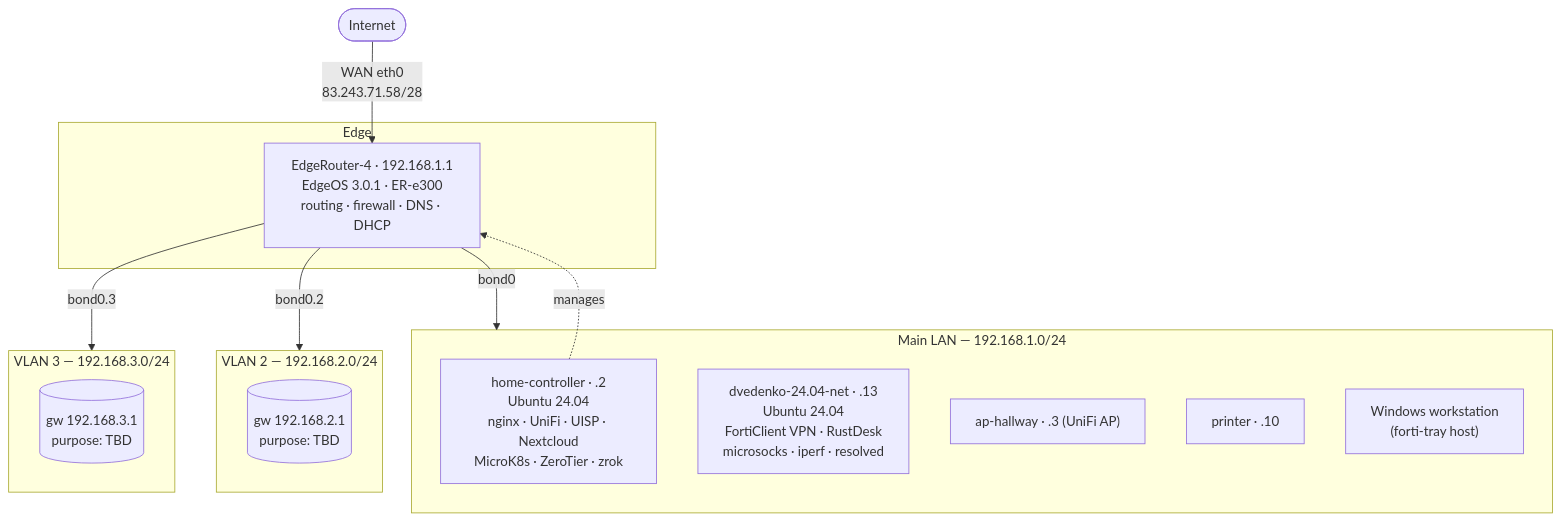
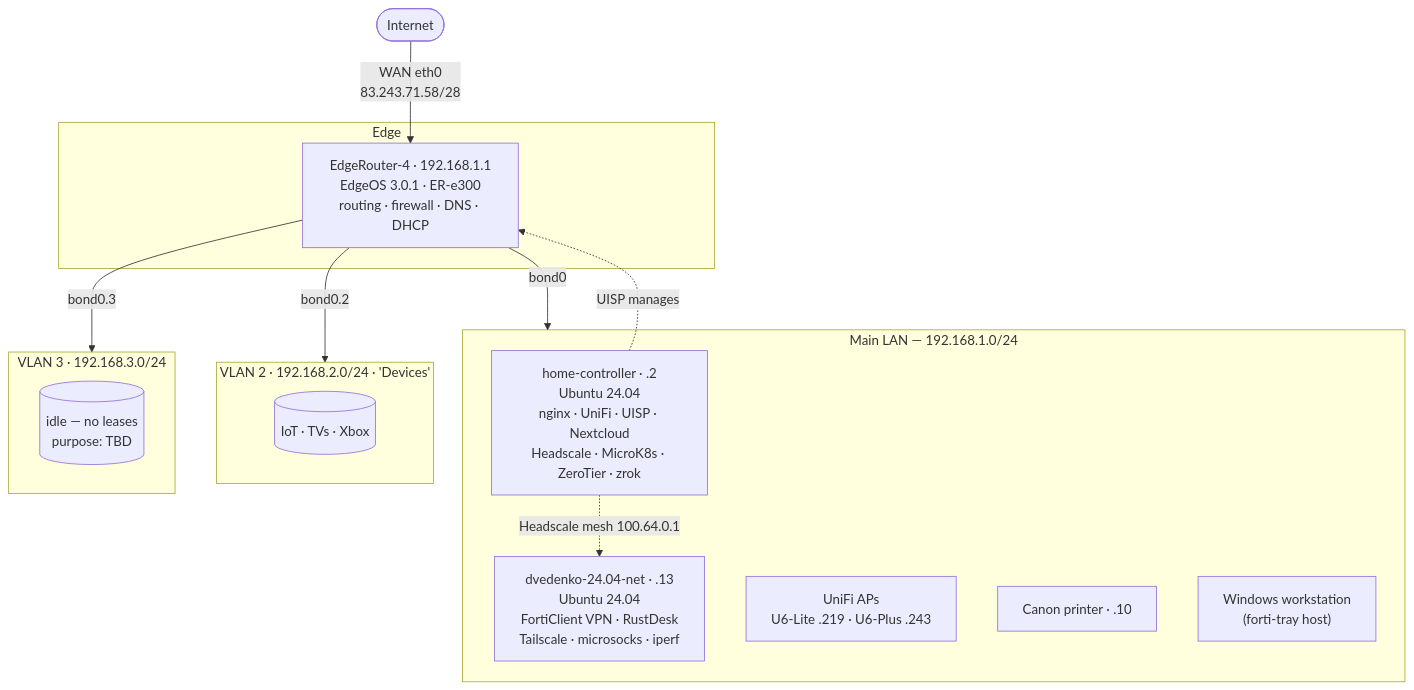
Before and after one commit to crsib/home-network-config: the diagram in docs/topology.md, drawn with Mermaid. The commit also changed other lines of this file and 7 other files, not shown here.

````diff
--- a/docs/topology.md
+++ b/docs/topology.md
@@ -7,30 +7,31 @@
 ```mermaid
 graph TD
     INET([Internet])
     INET -->|WAN eth0<br/>83.243.71.58/28| ER
 
     subgraph Edge
         ER["EdgeRouter-4 · 192.168.1.1<br/>EdgeOS 3.0.1 · ER-e300<br/>routing · firewall · DNS · DHCP"]
     end
 
     ER -->|bond0| LAN
     ER -->|bond0.2| VLAN2
     ER -->|bond0.3| VLAN3
 
     subgraph LAN["Main LAN — 192.168.1.0/24"]
-        HC["home-controller · .2<br/>Ubuntu 24.04<br/>nginx · UniFi · UISP · Nextcloud<br/>MicroK8s · ZeroTier · zrok"]
-        FB["dvedenko-24.04-net · .13<br/>Ubuntu 24.04<br/>FortiClient VPN · RustDesk<br/>microsocks · iperf · resolved"]
-        AP["ap-hallway · .3 (UniFi AP)"]
-        PR["printer · .10"]
+        HC["home-controller · .2<br/>Ubuntu 24.04<br/>nginx · UniFi · UISP · Nextcloud<br/>Headscale · MicroK8s · ZeroTier · zrok"]
+        FB["dvedenko-24.04-net · .13<br/>Ubuntu 24.04<br/>FortiClient VPN · RustDesk<br/>Tailscale · microsocks · iperf"]
+        AP["UniFi APs<br/>U6-Lite .219 · U6-Plus .243"]
+        PR["Canon printer · .10"]
         WS["Windows workstation<br/>(forti-tray host)"]
     end
 
-    subgraph VLAN2["VLAN 2 — 192.168.2.0/24"]
-        V2[("gw 192.168.2.1<br/>purpose: TBD")]
+    subgraph VLAN2["VLAN 2 · 192.168.2.0/24 · 'Devices'"]
+        V2[("IoT · TVs · Xbox")]
     end
-    subgraph VLAN3["VLAN 3 — 192.168.3.0/24"]
-        V3[("gw 192.168.3.1<br/>purpose: TBD")]
+    subgraph VLAN3["VLAN 3 · 192.168.3.0/24"]
+        V3[("idle — no leases<br/>purpose: TBD")]
     end
 
-    HC -.->|manages| ER
+    HC -.->|UISP manages| ER
+    HC -.->|Headscale mesh 100.64.0.1| FB
 ```
````
